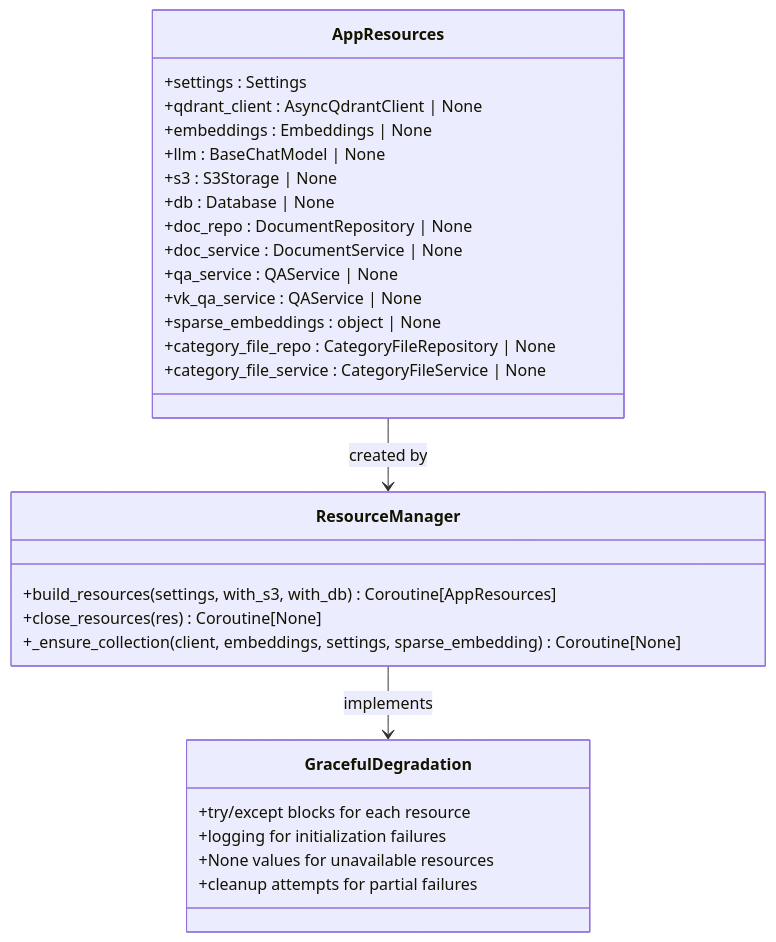
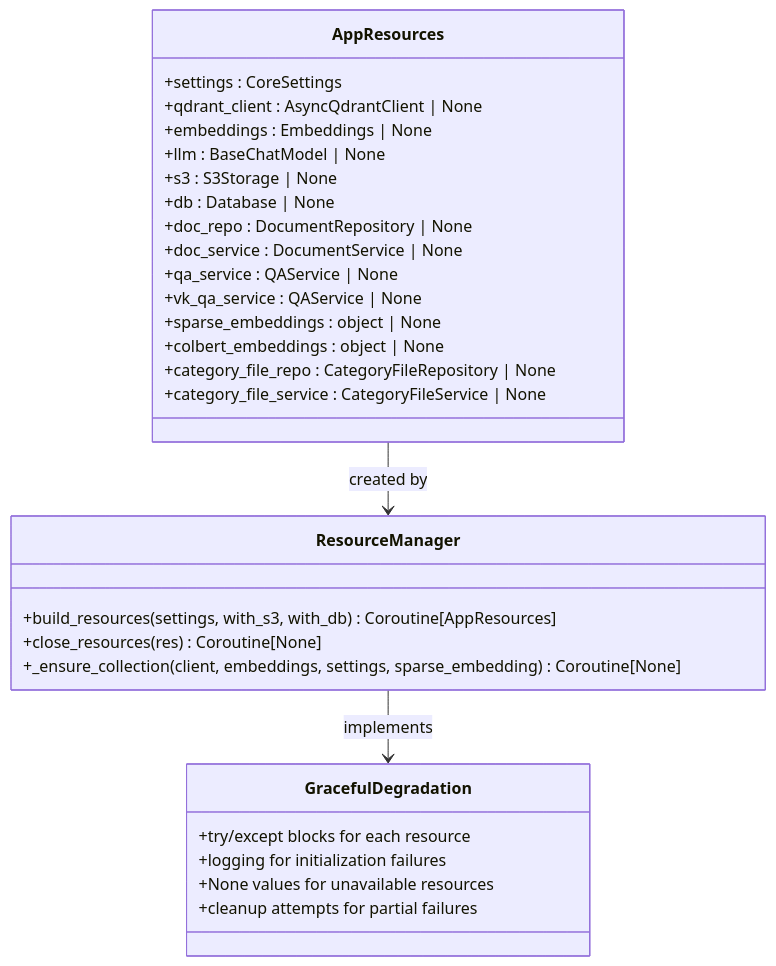
One commit to ognelis/cafetera_hr_bot changed diagram 20 of 29 in .qoder/repowiki/en/content/VK Integration/VK Integration.md. Above: the diagram before and after it, drawn with Mermaid. The commit also changed other lines of this file and 139 other files, not shown here.

````diff
--- a/.qoder/repowiki/en/content/VK Integration/VK Integration.md
+++ b/.qoder/repowiki/en/content/VK Integration/VK Integration.md
@@ -1071,31 +1056,32 @@
 ```mermaid
 classDiagram
 class AppResources {
-+settings : Settings
++settings : CoreSettings
 +qdrant_client : AsyncQdrantClient | None
 +embeddings : Embeddings | None
 +llm : BaseChatModel | None
 +s3 : S3Storage | None
 +db : Database | None
 +doc_repo : DocumentRepository | None
 +doc_service : DocumentService | None
 +qa_service : QAService | None
 +vk_qa_service : QAService | None
 +sparse_embeddings : object | None
++colbert_embeddings : object | None
 +category_file_repo : CategoryFileRepository | None
 +category_file_service : CategoryFileService | None
 }
 class ResourceManager {
 +build_resources(settings, with_s3, with_db) Coroutine[AppResources]
 +close_resources(res) Coroutine[None]
 +_ensure_collection(client, embeddings, settings, sparse_embedding) Coroutine[None]
 }
 class GracefulDegradation {
 +try/except blocks for each resource
 +logging for initialization failures
 +None values for unavailable resources
 +cleanup attempts for partial failures
 }
 AppResources --> ResourceManager : created by
 ResourceManager --> GracefulDegradation : implements
 ```
````
